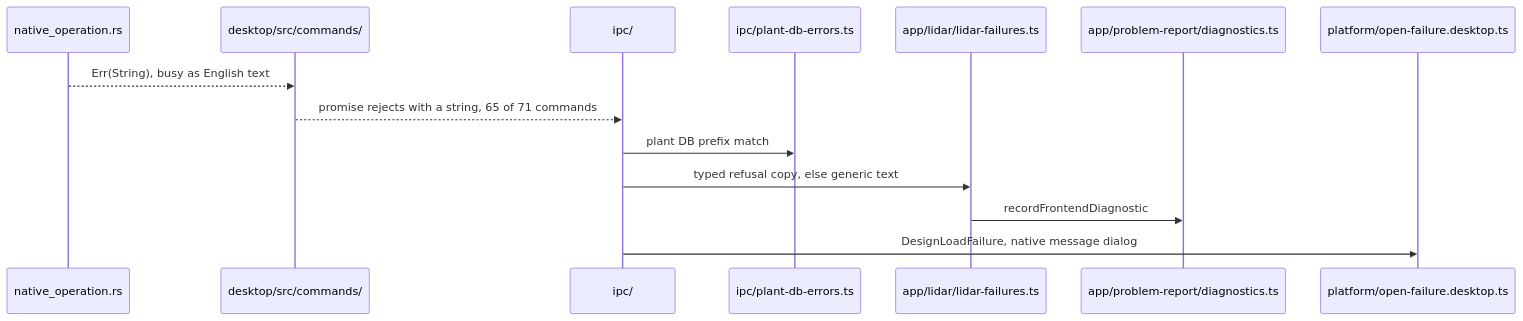
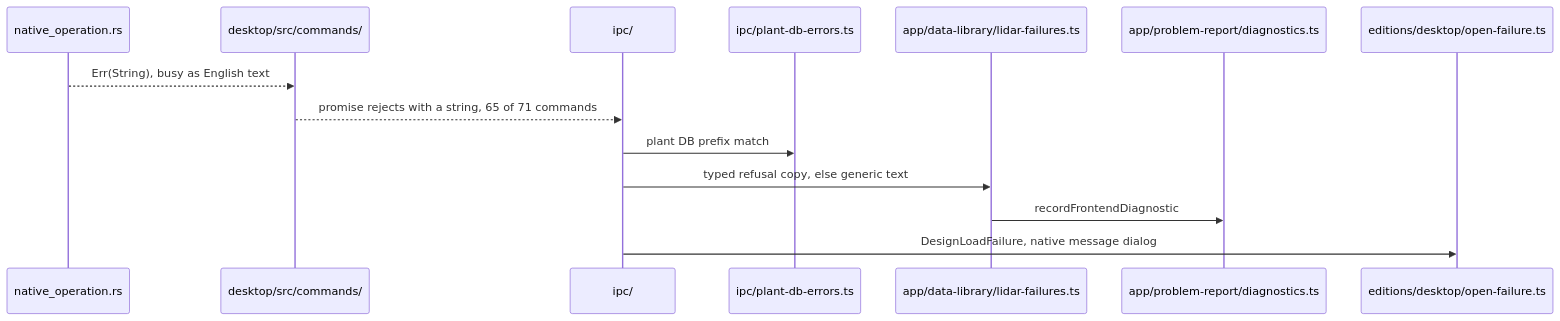
The sixth of 7 diagrams in docs/architecture/flows-services.md (opencanopi/canopi), drawn with Mermaid before and after one commit. The commit also changed other lines of this file and 909 other files, not shown here.

````diff
--- a/docs/architecture/flows-services.md
+++ b/docs/architecture/flows-services.md
@@ -186,16 +186,16 @@
 ```mermaid
 sequenceDiagram
   participant EX as native_operation.rs
   participant CMD as desktop/src/commands/
   participant IPC as ipc/
   participant PDB as ipc/plant-db-errors.ts
-  participant LF as app/lidar/lidar-failures.ts
+  participant LF as app/data-library/lidar-failures.ts
   participant DG as app/problem-report/diagnostics.ts
-  participant OF as platform/open-failure.desktop.ts
+  participant OF as editions/desktop/open-failure.ts
   EX-->>CMD: Err(String), busy as English text
   CMD-->>IPC: promise rejects with a string, 65 of 71 commands
   IPC->>PDB: plant DB prefix match
   IPC->>LF: typed refusal copy, else generic text
   LF->>DG: recordFrontendDiagnostic
   IPC->>OF: DesignLoadFailure, native message dialog
 ```
````
